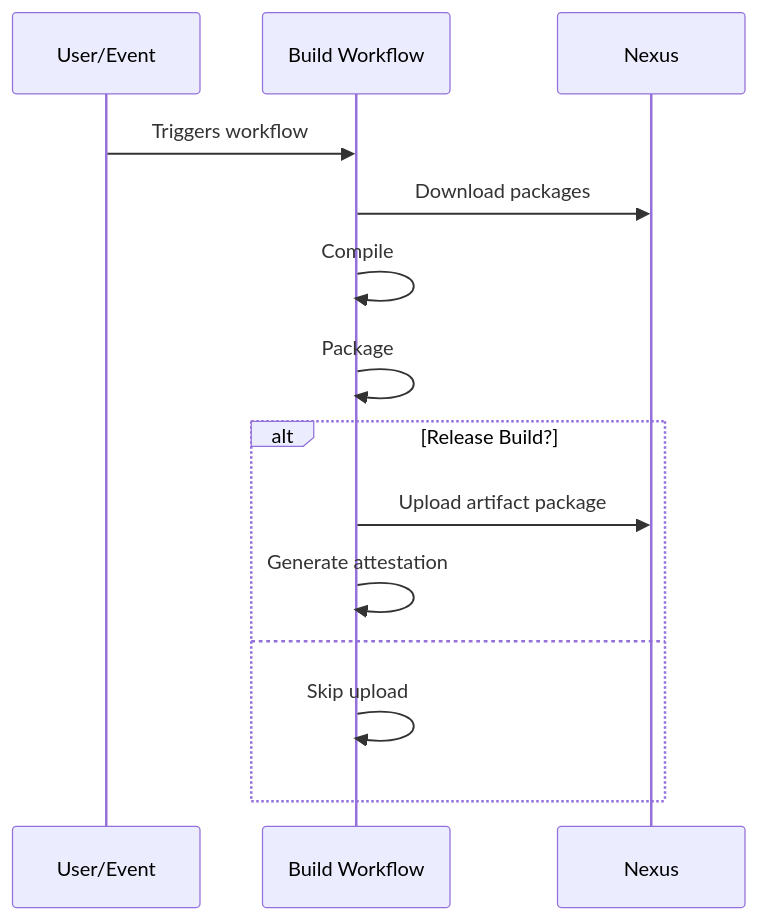
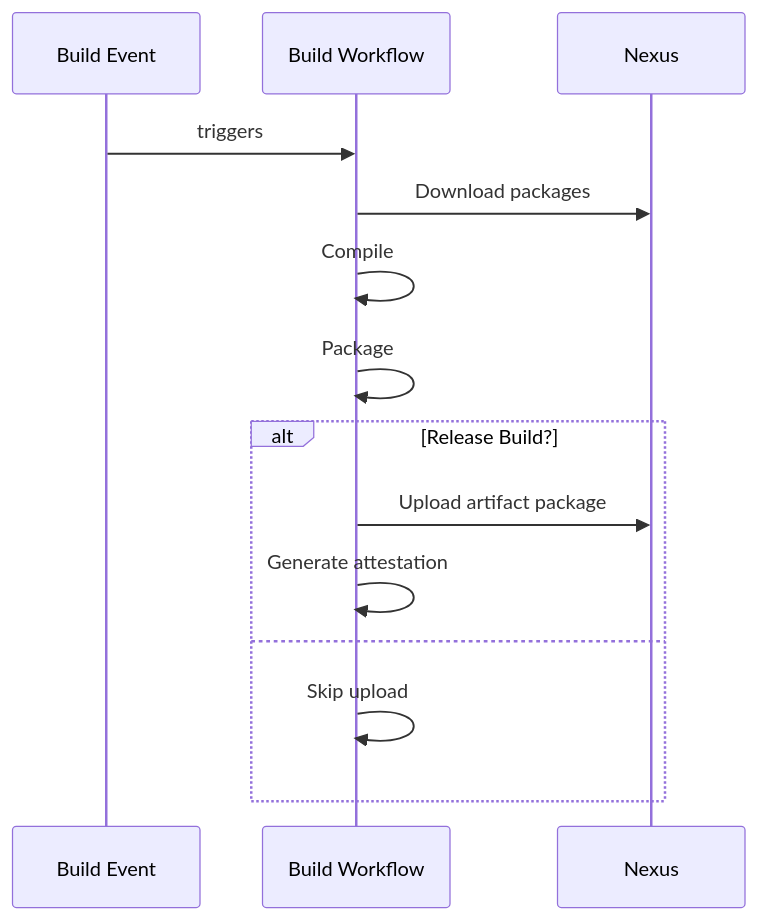
The first of 4 diagrams in README.md (devarab1/Diagrams), drawn with Mermaid before and after one commit. The commit also changed other lines of this file, not shown here.

````diff
--- a/README.md
+++ b/README.md
@@ -3,17 +3,17 @@
 ```mermaid
 sequenceDiagram
-    participant User/Event
+    participant Build Event
     participant Build Workflow
     participant Nexus
 
-    User/Event->>Build Workflow: Triggers workflow
+    Build Event->>Build Workflow: triggers
     Build Workflow->>Nexus: Download packages
     Build Workflow->>Build Workflow: Compile
     Build Workflow->>Build Workflow: Package
     alt Release Build?
         Build Workflow->>Nexus: Upload artifact package
         Build Workflow->>Build Workflow: Generate attestation
     else
         Build Workflow->>Build Workflow: Skip upload
     end
 ```
````
